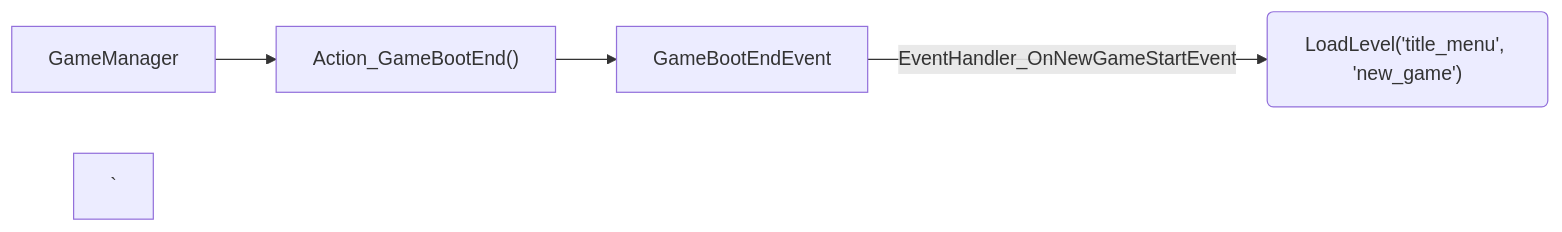
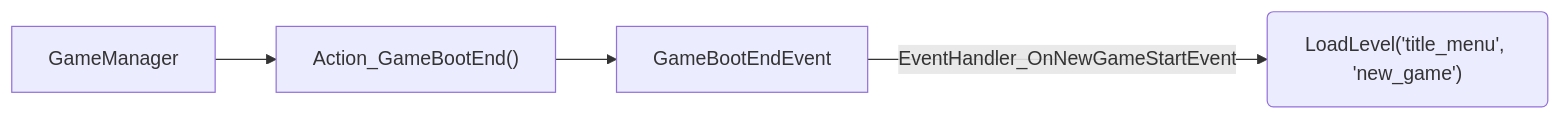
Before and after one commit to gsg-jay/GamePatterns: the fourth of 7 diagrams in EventFlow.md, drawn with Mermaid.

````diff
--- a/EventFlow.md
+++ b/EventFlow.md
@@ -36,7 +36,7 @@
 ```mermaid
 flowchart LR;
 p["GameManager"]
 p-->pe["Action_GameBootEnd()"]
 pe-->e["GameBootEndEvent"]
-e-->|EventHandler_OnNewGameStartEvent|gm("LoadLevel('title_menu', 'new_game')");` 
+e-->|EventHandler_OnNewGameStartEvent|gm("LoadLevel('title_menu', 'new_game')")
 ```
````
